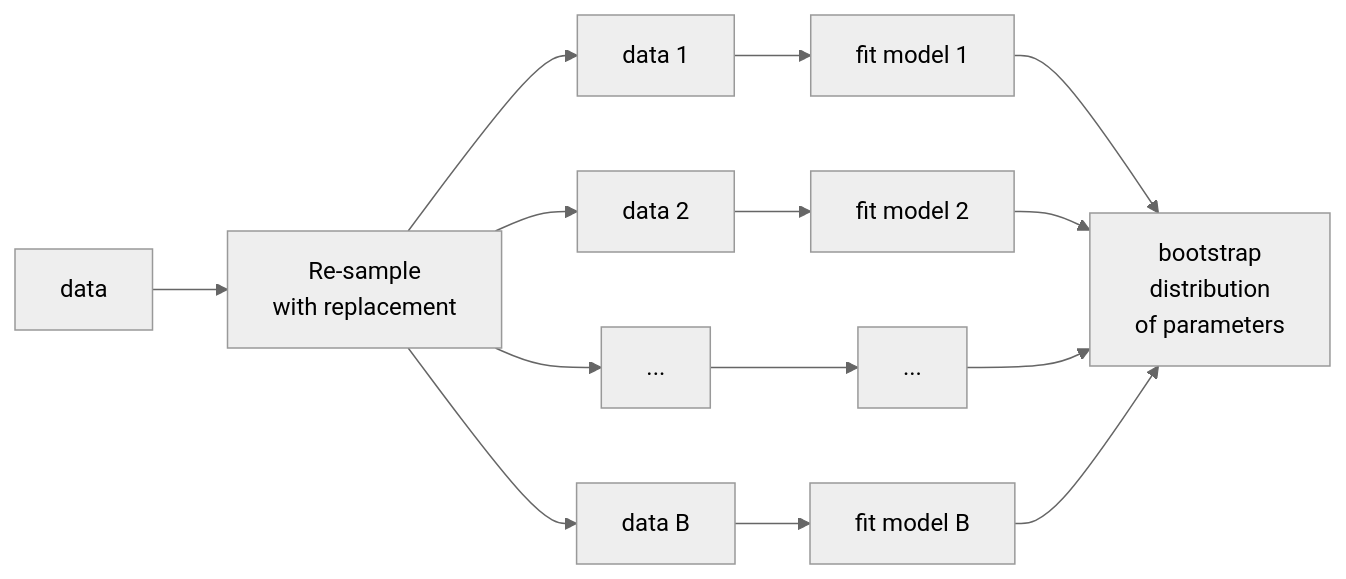
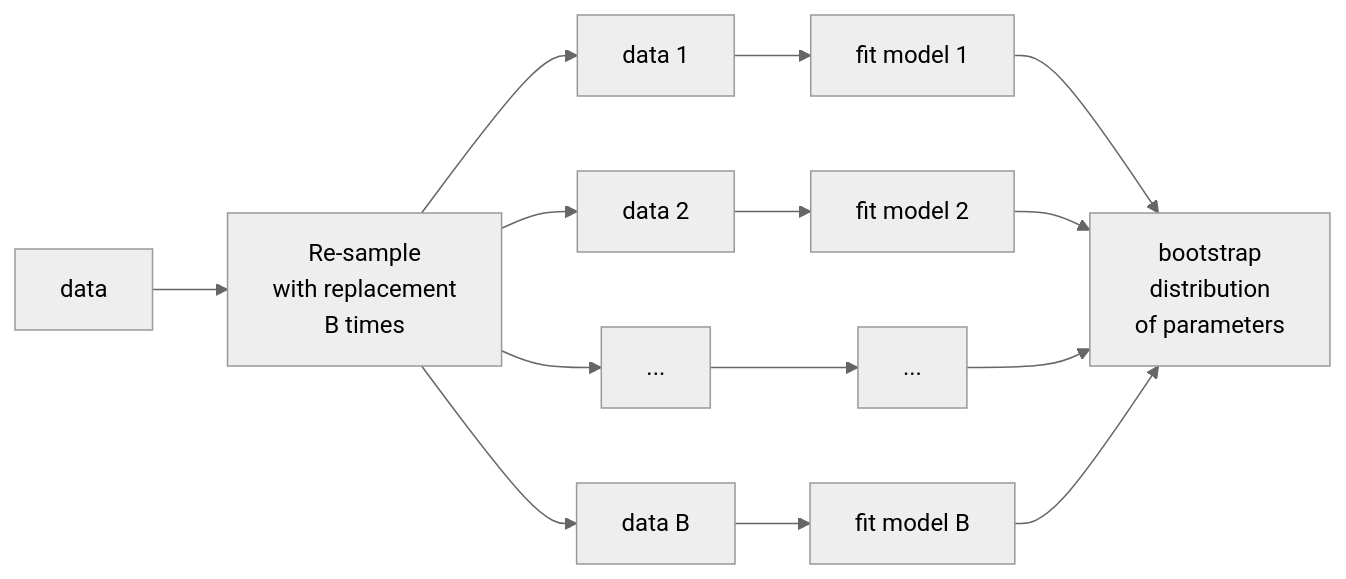
Before and after one commit to mstasinopoulos/GrossaryForDR: the first of 21 diagrams in Glossary of distributional regression.qmd, drawn with Mermaid (neutral theme). The commit also changed other lines of this file and 1 other file, not shown here.

````diff
--- a/Glossary of distributional regression.qmd
+++ b/Glossary of distributional regression.qmd
@@ -348,21 +351,21 @@
 ```{mermaid}
 %%| fig-width: 2
 %%| label: fig-data_bootstrapping
 %%| fig-cap: Bootstrap-partition of data in order to get more information about the parameters of te model."
 flowchart LR
-    A[data] --> B[Re-sample <br/> with replacement]
+    A[data] --> B[Re-sample <br/> with replacement <br/> B times]
     B --> C1[data 1 ]
     B --> C2[data 2]
     B --> C3[...]
     B --> C4[data  B]
 
     C1 --> D1[fit model 1]
     C2 --> D2[fit model 2]
     C3 --> D3[...]
     C4 --> D4[fit model B]
 
     D1 --> E[bootstrap <br/> distribution <br/> of parameters]
     D2 --> E
     D3 --> E
     D4 --> E
 ```
````
